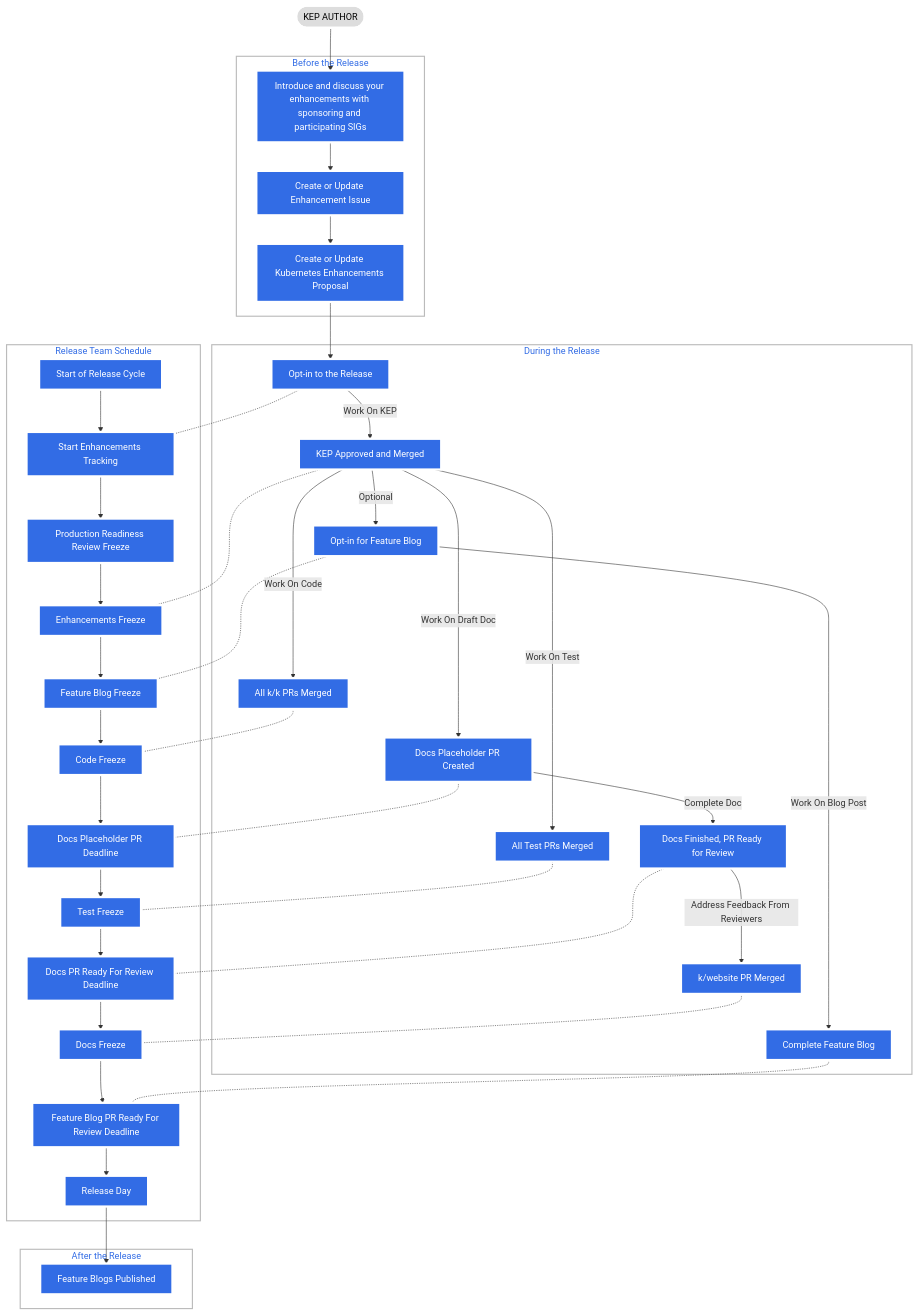
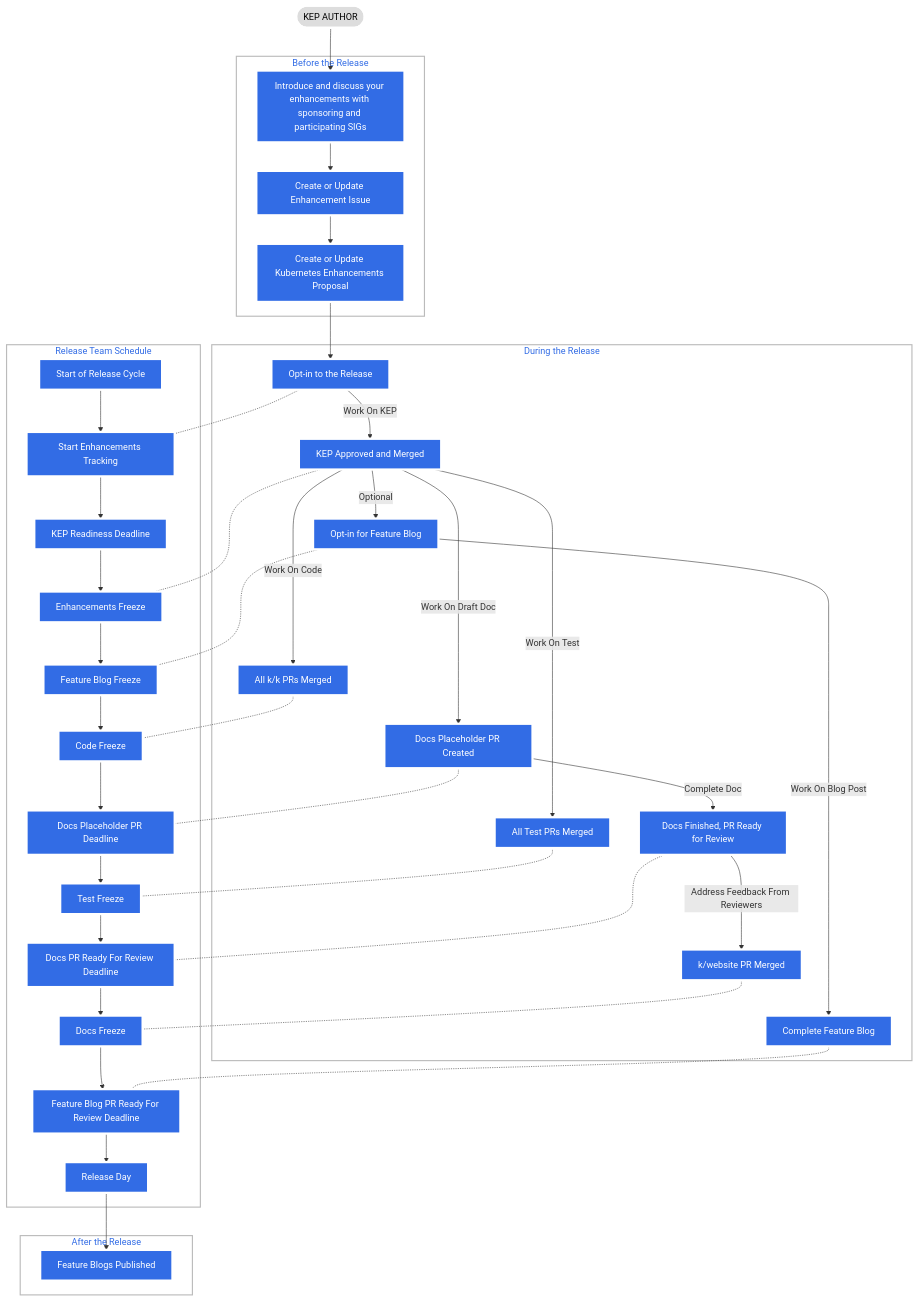
The second of 2 diagrams in release-team/README.md (kubernetes/sig-release), drawn with Mermaid before and after one commit. The commit also changed other lines of this file and 4 other files, not shown here.

Commit message:
rename prr freeze to kep readiness deadline

````diff
--- a/release-team/README.md
+++ b/release-team/README.md
@@ -242,7 +242,7 @@
     subgraph Release Team Schedule
         START[Start of Release Cycle]
         START_ENHANCEMENTS_TRACKING[Start Enhancements Tracking]
-        PRR_FREEZE[Production Readiness Review Freeze]
+        KEP_READINESS_DEADLINE[KEP Readiness Deadline]
         ENHANCEMENTS_FREEZE[Enhancements Freeze]
         FEATURE_BLOG_FREEZE[Feature Blog Freeze]
         CODE_FREEZE[Code Freeze]
@@ -254,8 +254,8 @@
         END[Release Day]
 
         START --> START_ENHANCEMENTS_TRACKING
-        START_ENHANCEMENTS_TRACKING --> PRR_FREEZE
-        PRR_FREEZE --> ENHANCEMENTS_FREEZE
+        START_ENHANCEMENTS_TRACKING --> KEP_READINESS_DEADLINE
+        KEP_READINESS_DEADLINE --> ENHANCEMENTS_FREEZE
         ENHANCEMENTS_FREEZE --> FEATURE_BLOG_FREEZE
         FEATURE_BLOG_FREEZE --> CODE_FREEZE
         CODE_FREEZE --> DOCS_PLACEHOLDER_FREEZE
@@ -321,7 +321,7 @@
     classDef plain fill:#ddd,stroke:#fff,stroke-width:4px,color:#000;
     classDef k8s fill:#326ce5,stroke:#fff,stroke-width:4px,color:#fff;
     class KEP_AUTHOR plain;
-    class START,PRR_FREEZE,ENHANCEMENTS_FREEZE,FEATURE_BLOG_FREEZE,CODE_FREEZE,DOCS_PLACEHOLDER_FREEZE,TEST_FREEZE,START_ENHANCEMENTS_TRACKING,DOCS_READY_FOR_REVIEW,FEATURE_BLOG_READY_FOR_REVIEW,DOCS_FREEZE,END,FEATURE_BLOG_PUBLISHED k8s;
+    class START,KEP_READINESS_DEADLINE,ENHANCEMENTS_FREEZE,FEATURE_BLOG_FREEZE,CODE_FREEZE,DOCS_PLACEHOLDER_FREEZE,TEST_FREEZE,START_ENHANCEMENTS_TRACKING,DOCS_READY_FOR_REVIEW,FEATURE_BLOG_READY_FOR_REVIEW,DOCS_FREEZE,END,FEATURE_BLOG_PUBLISHED k8s;
     class DISCUSS,ISSUE,KEP k8s;
     class OPT_IN,KEP_DONE,CODE_COMPLETE,TEST_COMPLETE,DOCS_PLACEHOLDER_COMPLETE,DOCS_READY_TO_REVIEW_COMPLETE,DOCS_COMPLETE,FEATURE_BLOG_OPT_IN,FEATURE_BLOG_POST_COMPLETE k8s;
 ```
````
